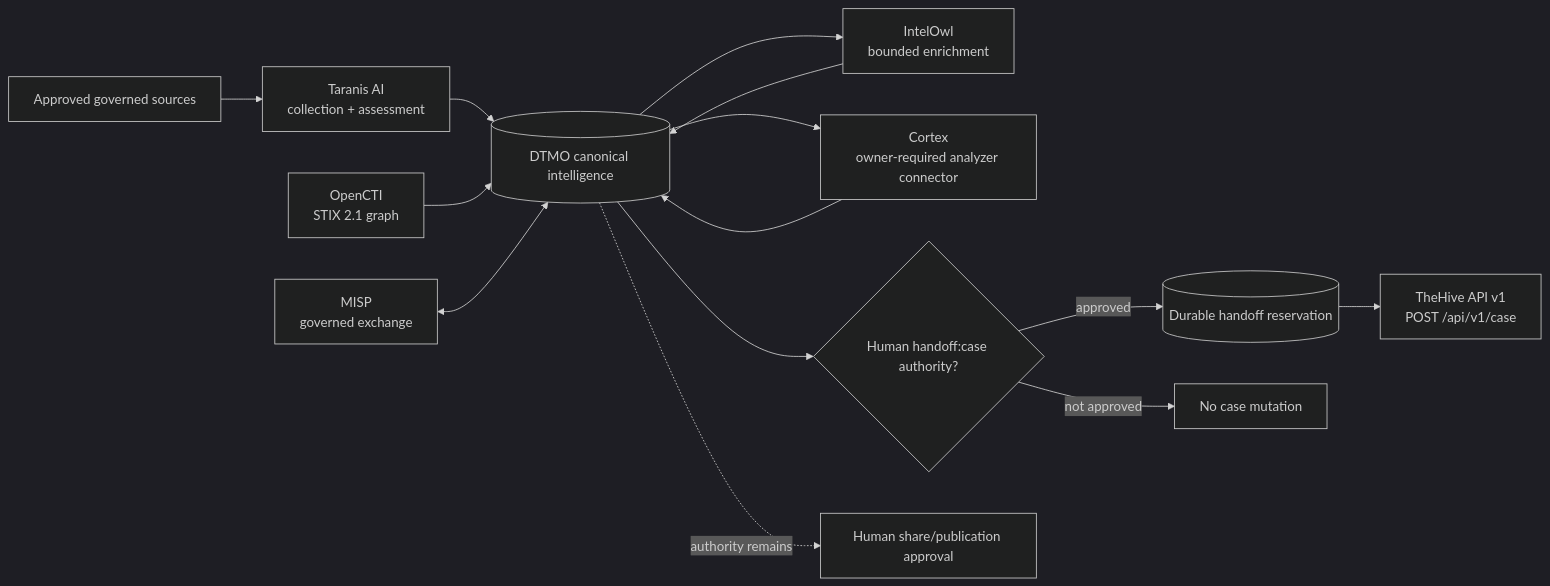
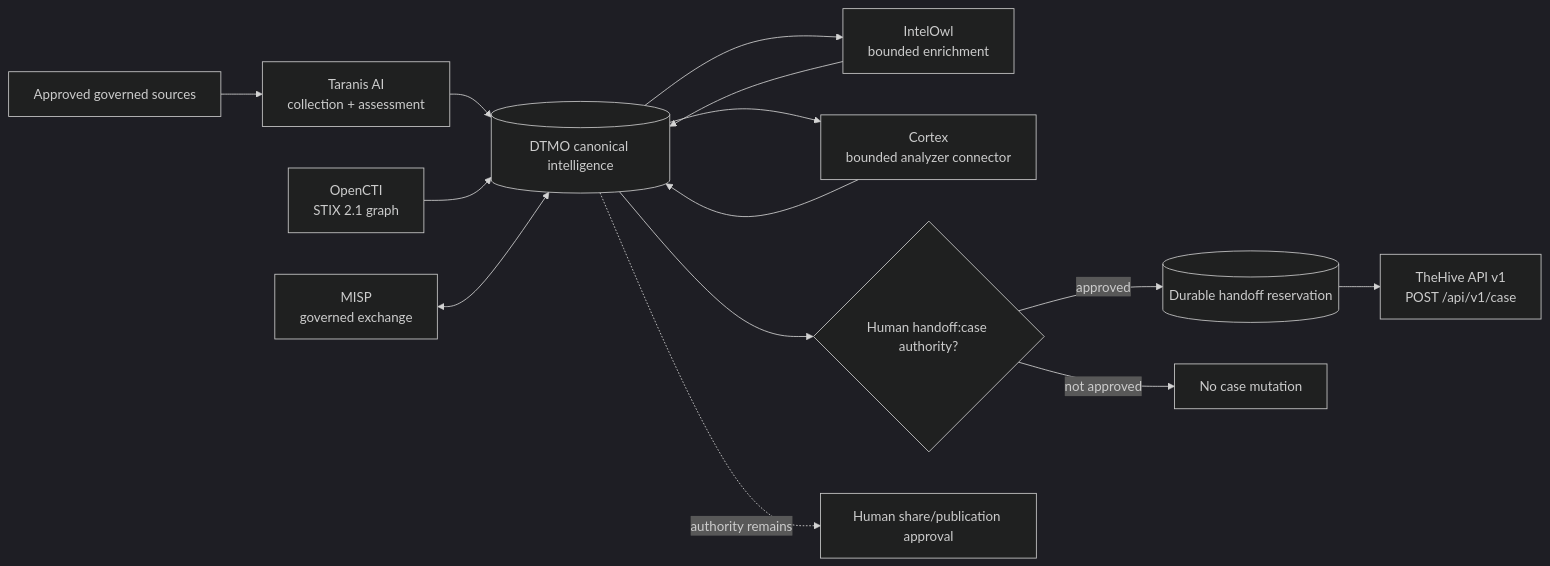
Before and after one commit to GJvManen/dtmo: the first of 2 diagrams in README.md, drawn with Mermaid (dark theme). The commit also changed other lines of this file, not shown here.

````diff
--- a/README.md
+++ b/README.md
@@ -36,16 +36,16 @@
 ```mermaid
 flowchart LR
     S[Approved governed sources] --> TAR[Taranis AI\ncollection + assessment]
     TAR --> D[(DTMO canonical intelligence)]
     D --> OWL[IntelOwl\nbounded enrichment]
     OWL --> D
-    D --> CTX[Cortex\nowner-required analyzer connector]
+    D --> CTX[Cortex\nbounded analyzer connector]
     CTX --> D
     O[OpenCTI\nSTIX 2.1 graph] --> D
     M[MISP\ngoverned exchange] <--> D
     D --> H{Human handoff:case authority?}
     H -->|approved| R[(Durable handoff reservation)]
     H -->|not approved| N[No case mutation]
     R --> TH[TheHive API v1\nPOST /api/v1/case]
     D -. authority remains .-> P[Human share/publication approval]
 ```
````
